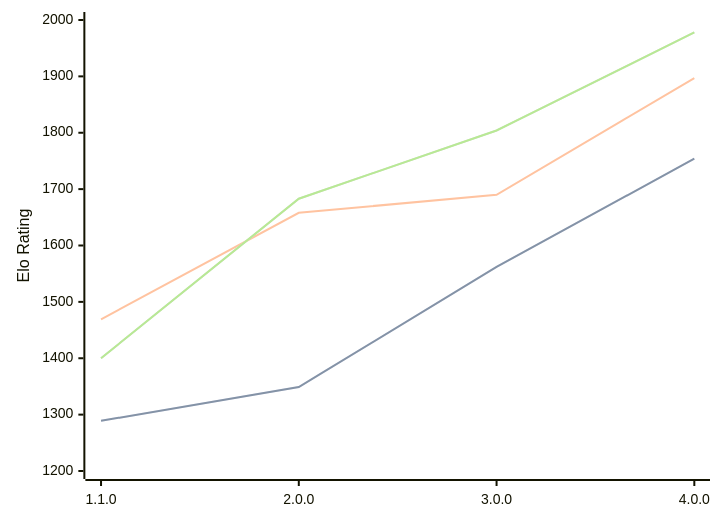
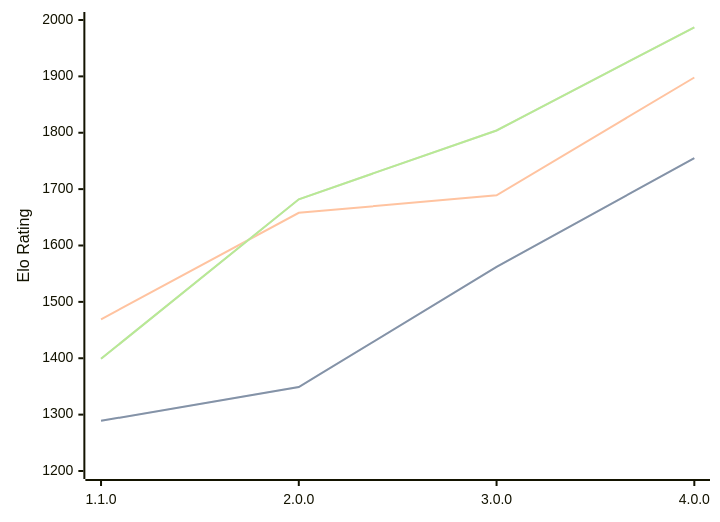
The third of 3 diagrams in engines/Laura.md (computer-chess-index/cci), drawn with Mermaid before and after one commit. The commit also changed other lines of this file, not shown here.

Commit message:
Update CCI Ratings (ELO VLTC) - 2026-07-15

````diff
--- a/engines/Laura.md
+++ b/engines/Laura.md
@@ -68,11 +68,11 @@
 ```mermaid
 %%{init: {"theme":"base","themeVariables":{"seriesColors:['#a3a3a3','#222221','#faa371']}}}%%
 xychart-beta
   x-axis ["1.1.0", "2.0.0", "3.0.0", "4.0.0"]
   y-axis "Elo Rating" 1200 --> 2000
-  line "STC (8.0+0.08s)" [1289, 1349, 1562, 1754]
-  line "STC (8.0+0.08s)" [1289, 1349, 1562, 1754]
-  line "LTC (60.0+0.60s)" [1469, 1658, 1690, 1897]
-  line "VLTC (2m24s+1.12s)" [1400, 1683, 1804, 1978]
-  line "VLTC (2m24s+1.12s)" [1400, 1683, 1804, 1978]
+  line "STC (8.0+0.08s)" [1289, 1349, 1562, 1755]
+  line "STC (8.0+0.08s)" [1289, 1349, 1562, 1755]
+  line "LTC (60.0+0.60s)" [1469, 1658, 1689, 1898]
+  line "VLTC (2m24s+1.12s)" [1399, 1682, 1804, 1987]
+  line "VLTC (2m24s+1.12s)" [1399, 1682, 1804, 1987]
 ```
````
